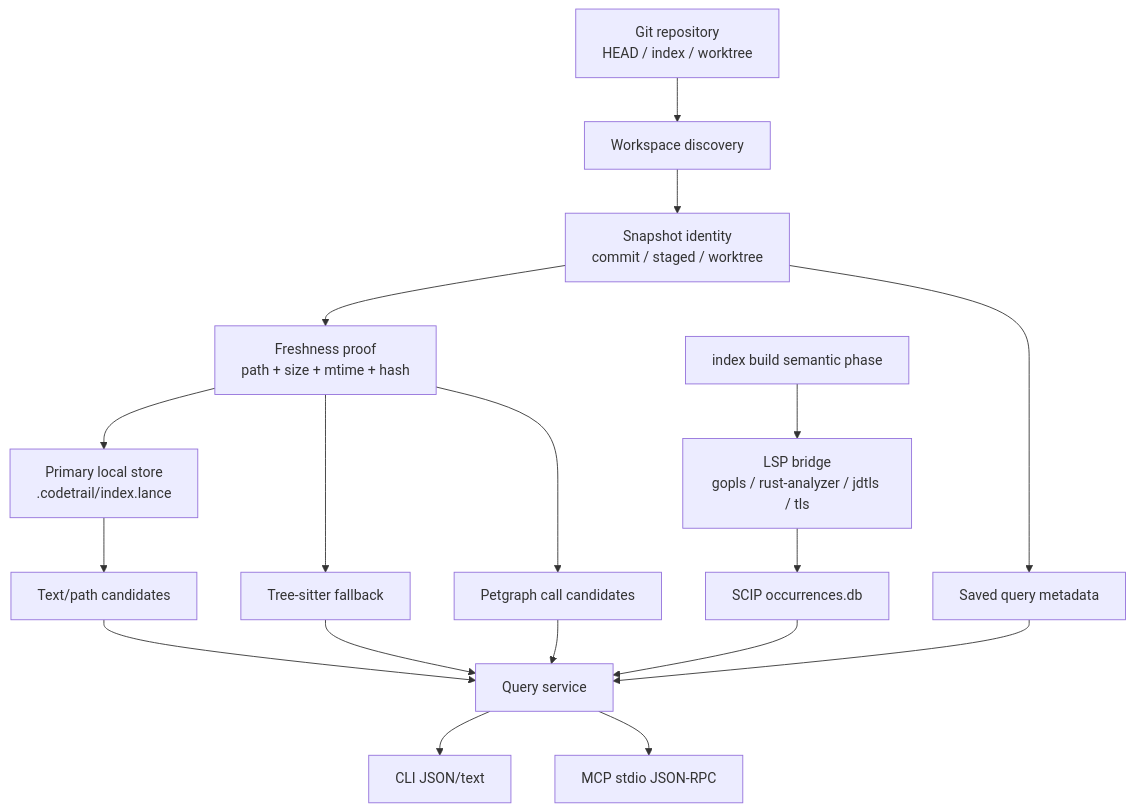
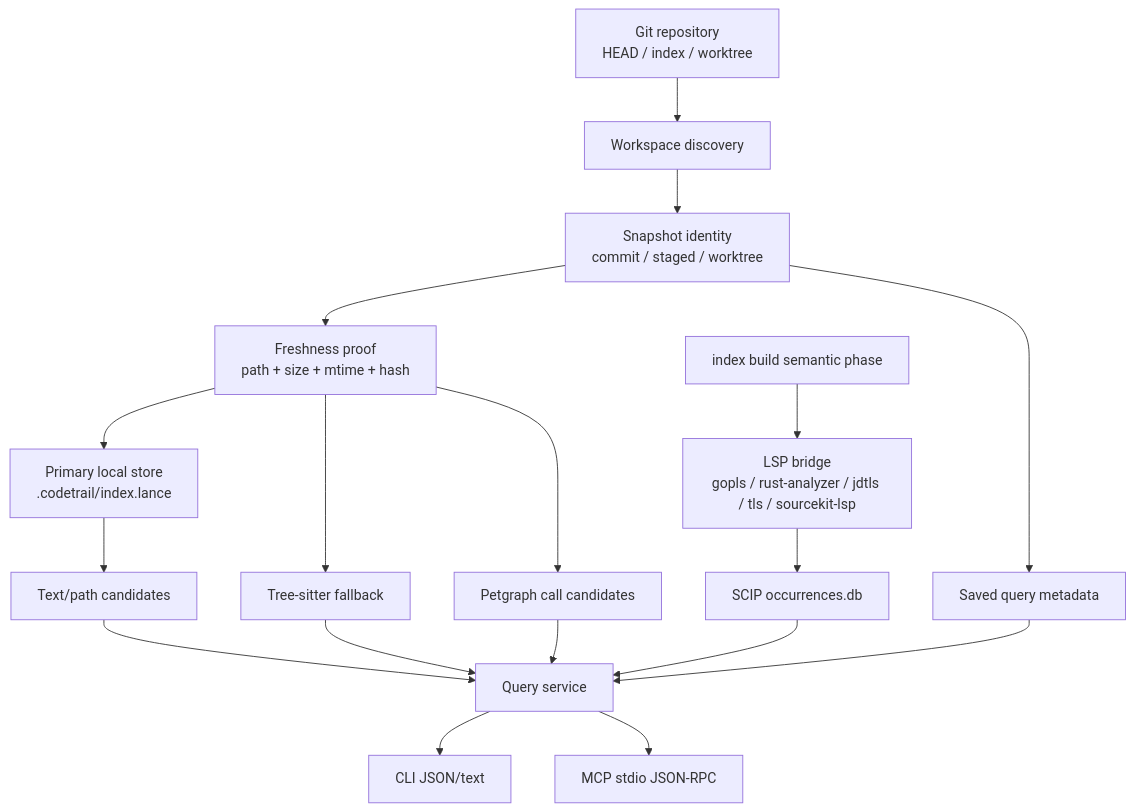
The first of 6 diagrams in docs/01-architecture.md (mars167/CodeTrail), drawn with Mermaid before and after one commit. The commit also changed other lines of this file and 18 other files, not shown here.

````diff
--- a/docs/01-architecture.md
+++ b/docs/01-architecture.md
@@ -7,22 +7,22 @@
 ```mermaid
 flowchart TB
   Git["Git repository\nHEAD / index / worktree"] --> WS["Workspace discovery"]
   WS --> Snap["Snapshot identity\ncommit / staged / worktree"]
   Snap --> Fresh["Freshness proof\npath + size + mtime + hash"]
 
   Fresh --> Store["Primary local store\n.codetrail/index.lance"]
   Store --> Text["Text/path candidates"]
-  Build["index build semantic phase"] --> LSP["LSP bridge\ngopls / rust-analyzer / jdtls / tls"]
+  Build["index build semantic phase"] --> LSP["LSP bridge\ngopls / rust-analyzer / jdtls / tls / sourcekit-lsp"]
   LSP --> Occ["SCIP occurrences.db"]
   Fresh --> Parser["Tree-sitter fallback"]
   Fresh --> G["Petgraph call candidates"]
   Snap --> Saved["Saved query metadata"]
 
   Text --> Query["Query service"]
   Occ --> Query
   Parser --> Query
   G --> Query
   Saved --> Query
   Query --> CLI["CLI JSON/text"]
   Query --> MCP["MCP stdio JSON-RPC"]
 ```
````
